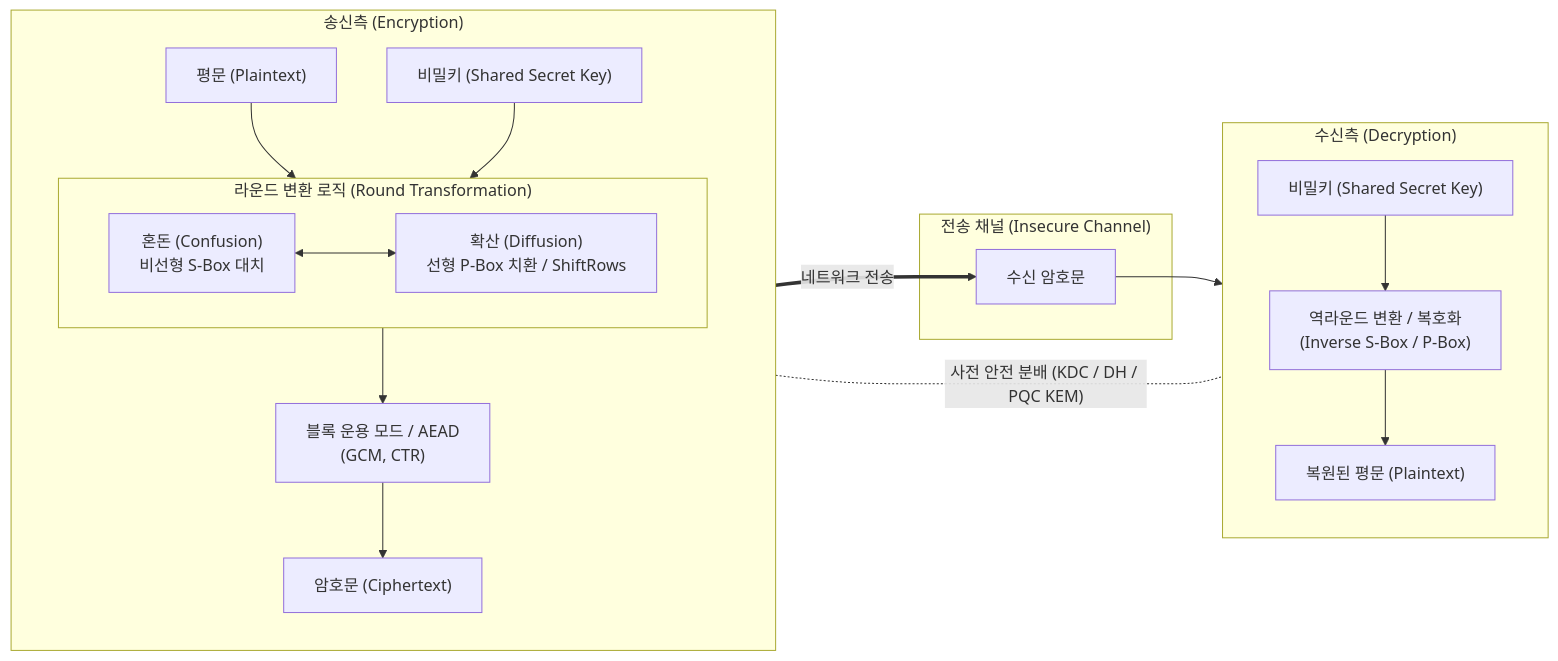
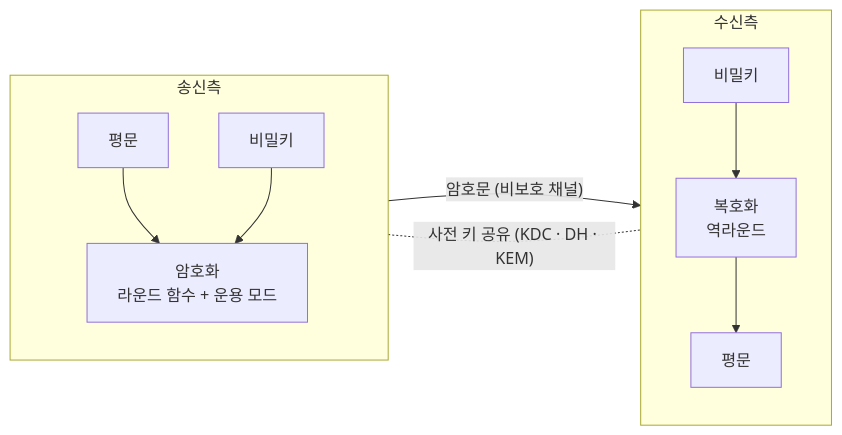
The diagram in content/01_IT Tech/대칭키 암호화.md (supremethumb/supremethumb.github.io), drawn with Mermaid before and after one commit. The commit also changed other lines of this file and 1087 other files, not shown here.

````diff
--- a/content/01_IT Tech/대칭키 암호화.md
+++ b/content/01_IT Tech/대칭키 암호화.md
@@ -25,37 +37,15 @@
 ```mermaid
 flowchart LR
-    subgraph SENDER["송신측 (Encryption)"]
+    subgraph S["송신측"]
         direction TB
-        P1["평문 (Plaintext)"]
-        K1["비밀키 (Shared Secret Key)"]
-        subgraph TRANS["라운드 변환 로직 (Round Transformation)"]
-            CONF["혼돈 (Confusion)<br/>비선형 S-Box 대치"]
-            DIFF["확산 (Diffusion)<br/>선형 P-Box 치환 / ShiftRows"]
-            CONF <--> DIFF
-        end
-        MODE["블록 운용 모드 / AEAD<br/>(GCM, CTR)"]
-        C1["암호문 (Ciphertext)"]
-
-        P1 --> TRANS
-        K1 --> TRANS
-        TRANS --> MODE
-        MODE --> C1
+        P1["평문"] --> E["암호화<br/>라운드 함수 + 운용 모드"]
+        K1["비밀키"] --> E
     end
-
-    subgraph CHANNEL["전송 채널 (Insecure Channel)"]
-        C1 ==>|네트워크 전송| C2["수신 암호문"]
+    E -->|"암호문 (비보호 채널)"| D
+    subgraph R["수신측"]
+        direction TB
+        K2["비밀키"] --> D["복호화<br/>역라운드"]
+        D --> P2["평문"]
     end
-
-    subgraph RECEIVER["수신측 (Decryption)"]
-        direction TB
-        K2["비밀키 (Shared Secret Key)"]
-        INV_TRANS["역라운드 변환 / 복호화<br/>(Inverse S-Box / P-Box)"]
-        P2["복원된 평문 (Plaintext)"]
-
-        C2 --> INV_TRANS
-        K2 --> INV_TRANS
-        INV_TRANS --> P2
-    end
-
-    K1 -. "사전 안전 분배 (KDC / DH / PQC KEM)" .- K2
+    K1 -.-|"사전 키 공유 (KDC · DH · KEM)"| K2
 ```
````
